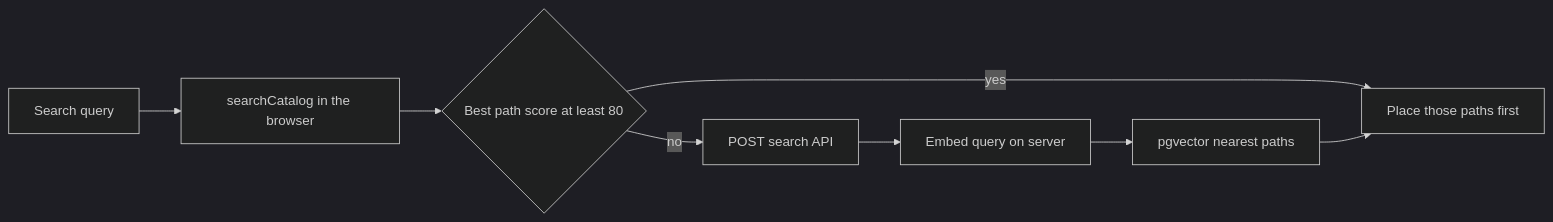
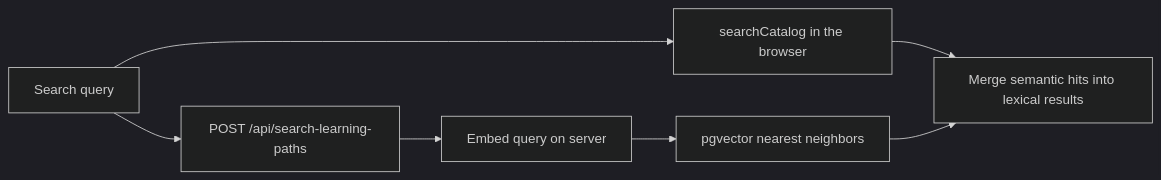
The diagram in docs/plans/semantic-learning-path-search/README.md (coursetexts/notion-site), drawn with Mermaid (dark theme) before and after one commit. The commit also changed other lines of this file and 25 other files, not shown here.

First line of the commit message:
Add semantic search for learning paths and Notion courses.

````diff
--- a/docs/plans/semantic-learning-path-search/README.md
+++ b/docs/plans/semantic-learning-path-search/README.md
@@ -31,13 +25,11 @@
 ```mermaid
 flowchart LR
   query[Search query]
   lexical[searchCatalog in the browser]
-  strong{Best path score at least 80}
-  api[POST search API]
+  api["POST /api/search-learning-paths"]
   embed[Embed query on server]
-  neighbors[pgvector nearest paths]
-  page[Place those paths first]
-  query --> lexical --> strong
-  strong -->|yes| page
-  strong -->|no| api --> embed --> neighbors --> page
+  neighbors[pgvector nearest neighbors]
+  page[Merge semantic hits into lexical results]
+  query --> lexical --> page
+  query --> api --> embed --> neighbors --> page
 ```
````
